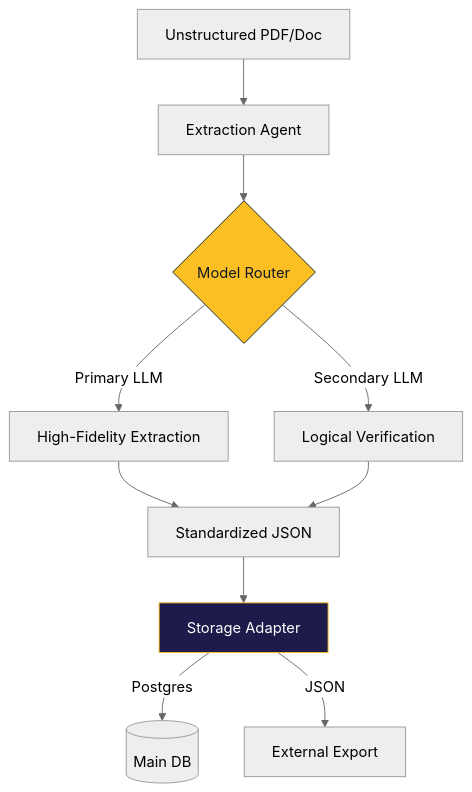
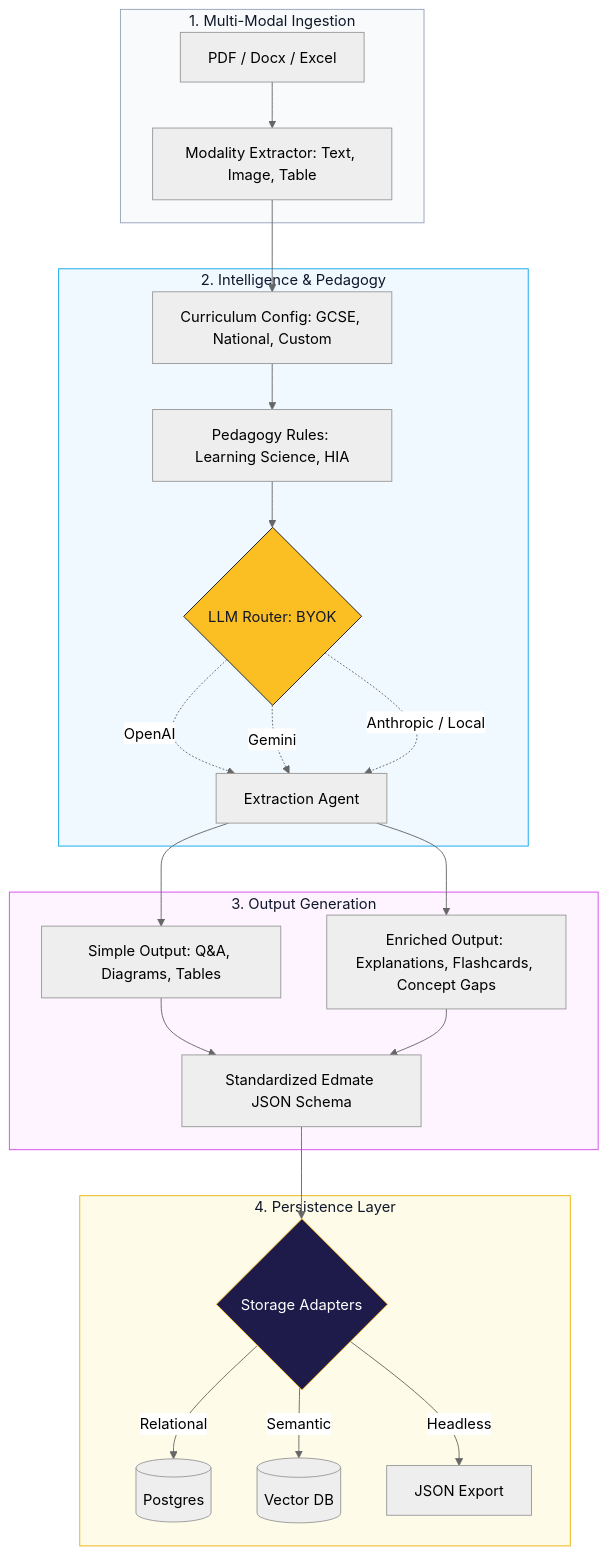
Before and after one commit to shmukit/Edmate: the diagram in README.md, drawn with Mermaid (neutral theme). The commit also changed other lines of this file and 1 other file, not shown here.

Commit message:
docs: update architecture documentation and diagrams to reflect modular ingestion and pedagogical workflow enhancements

````diff
--- a/README.md
+++ b/README.md
@@ -88,13 +88,52 @@
 ```mermaid
 graph TD
-    A[Unstructured PDF/Doc] --> B[Extraction Agent]
-    B --> C{Model Router}
-    C -->|Primary LLM| D[High-Fidelity Extraction]
-    C -->|Secondary LLM| E[Logical Verification]
-    D & E --> F[Standardized JSON]
-    F --> G[Storage Adapter]
-    G -->|Postgres| H[(Main DB)]
-    G -->|JSON| I[External Export]
-    style C fill:#fbbf24,stroke:#111827,color:#111827
-    style G fill:#1e1b4b,stroke:#fbbf24,color:#fff
+    %% 1. Ingestion
+    subgraph Input ["1. Multi-Modal Ingestion"]
+        A[PDF / Docx / Excel]
+        M[Modality Extractor: Text, Image, Table]
+        A --> M
+    end
+
+    %% 2. Intelligence
+    subgraph Intelligence ["2. Intelligence & Pedagogy"]
+        C[Curriculum Config: GCSE, National, Custom]
+        P[Pedagogy Rules: Learning Science, HIA]
+        R{LLM Router: BYOK}
+        
+        M --> C
+        C --> P
+        P --> R
+        
+        R -.->|OpenAI| E[Extraction Agent]
+        R -.->|Gemini| E
+        R -.->|Anthropic / Local| E
+    end
+
+    %% 3. Output
+    subgraph Output ["3. Output Generation"]
+        O1[Simple Output: Q&A, Diagrams, Tables]
+        O2[Enriched Output: Explanations, Flashcards, Concept Gaps]
+        
+        E --> O1
+        E --> O2
+        
+        O1 --> S[Standardized Edmate JSON Schema]
+        O2 --> S
+    end
+
+    %% 4. Storage
+    subgraph Persistence ["4. Persistence Layer"]
+        SA{Storage Adapters}
+        S --> SA
+        SA -->|Relational| DB1[(Postgres)]
+        SA -->|Semantic| DB2[(Vector DB)]
+        SA -->|Headless| DB3[JSON Export]
+    end
+
+    style Input fill:#f8fafc,stroke:#94a3b8,color:#0f172a
+    style Intelligence fill:#f0f9ff,stroke:#0ea5e9,color:#0f172a
+    style R fill:#fbbf24,stroke:#111827,color:#111827
+    style Output fill:#fdf4ff,stroke:#d946ef,color:#0f172a
+    style Persistence fill:#fefce8,stroke:#eab308,color:#0f172a
+    style SA fill:#1e1b4b,stroke:#fbbf24,color:#fff
 ```
````
